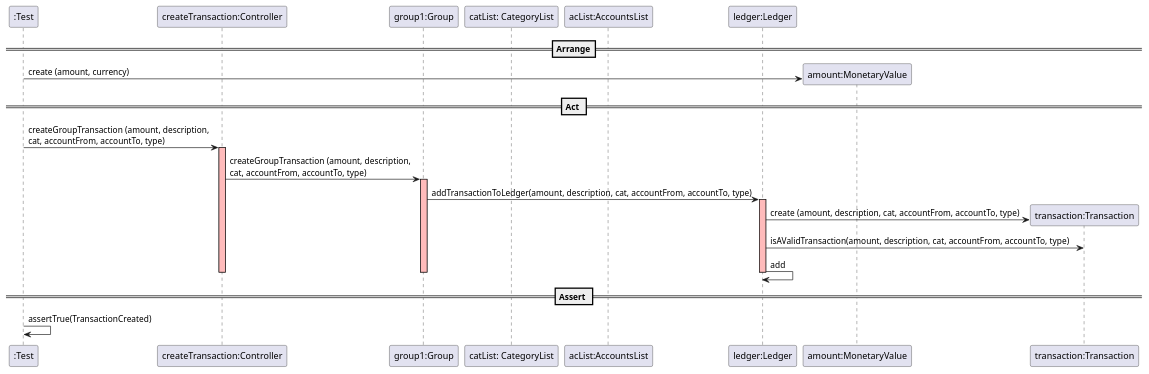
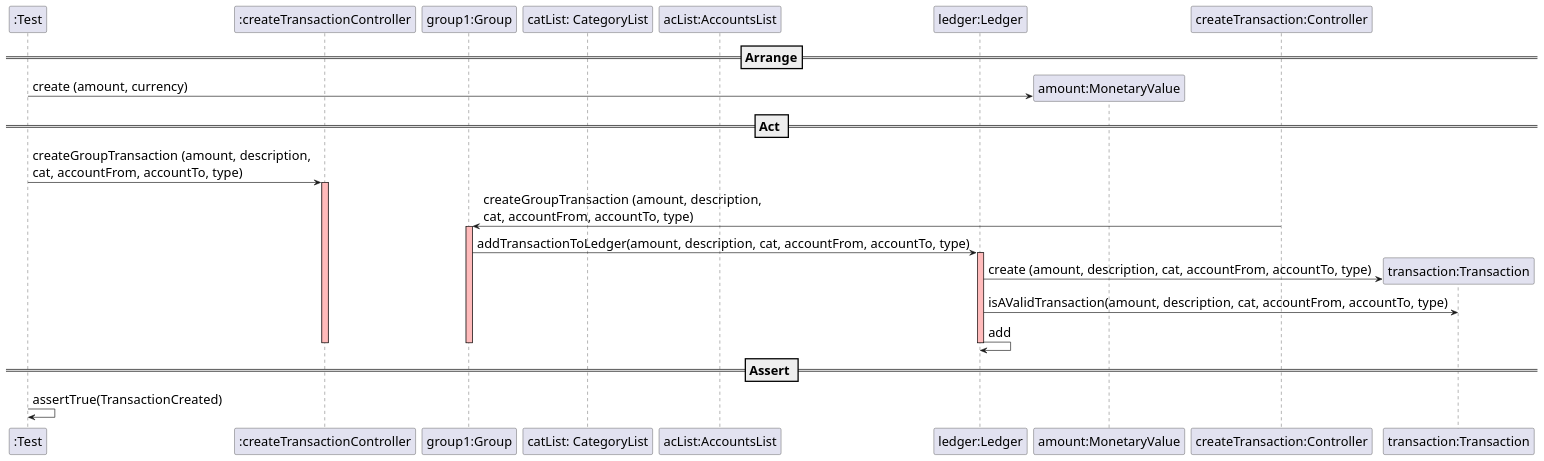
One commit to mleitaoribeiro/DevOpsMaven changed the diagram in docs/SequenceDiagram - US008.1.puml. Above: the diagram before and after it, drawn with PlantUML.

Commit message:
ref #372 - update sequence diagram

```diff
--- a/docs/SequenceDiagram - US008.1.puml
+++ b/docs/SequenceDiagram - US008.1.puml
@@ -2,38 +2,41 @@
 @startuml
+
+skinparam DefaultFontSize 20
+
 create ":Test"
 
 ==Arrange==
-create "createTransaction:Controller"
+create ":createTransactionController"
 create "group1:Group"
 create "catList: CategoryList"
 create "acList:AccountsList"
 create "ledger:Ledger"
 
 create "amount:MonetaryValue"
 ":Test" -> "amount:MonetaryValue" : create (amount, currency)
 
 == Act ==
 
-":Test" -> "createTransaction:Controller" : createGroupTransaction (amount, description, \ncat, accountFrom, accountTo, type)
-activate "createTransaction:Controller"  #FFBBBB
+":Test" -> ":createTransactionController" : createGroupTransaction (amount, description, \ncat, accountFrom, accountTo, type)
+activate ":createTransactionController"  #FFBBBB
 
 "createTransaction:Controller" -> "group1:Group" : createGroupTransaction (amount, description, \ncat, accountFrom, accountTo, type)
 activate "group1:Group"  #FFBBBB
 
 "group1:Group" -> "ledger:Ledger" : addTransactionToLedger(amount, description, cat, accountFrom, accountTo, type)
 activate "ledger:Ledger"  #FFBBBB
 
 create "transaction:Transaction"
 "ledger:Ledger" -> "transaction:Transaction" : create (amount, description, cat, accountFrom, accountTo, type)
 "ledger:Ledger" -> "transaction:Transaction" : isAValidTransaction(amount, description, cat, accountFrom, accountTo, type)
 "ledger:Ledger" -> "ledger:Ledger": add
 
 deactivate "ledger:Ledger"  #FFBBBB
 deactivate "group1:Group"  #FFBBBB
-deactivate "createTransaction:Controller"  #FFBBBB
+deactivate ":createTransactionController"  #FFBBBB
 
 == Assert ==
 
 ":Test" -> ":Test" : assertTrue(TransactionCreated)
 
 @enduml
```
